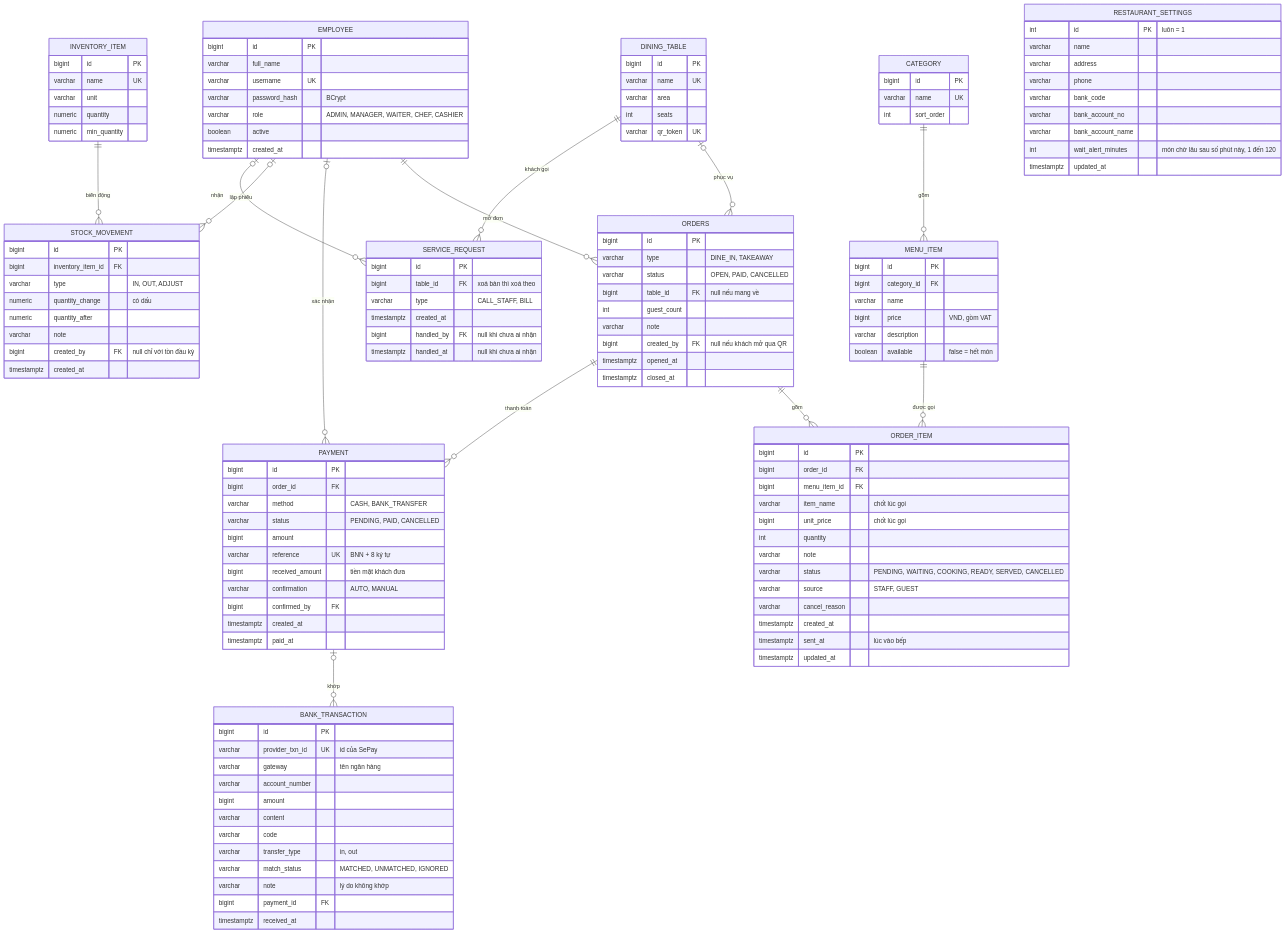
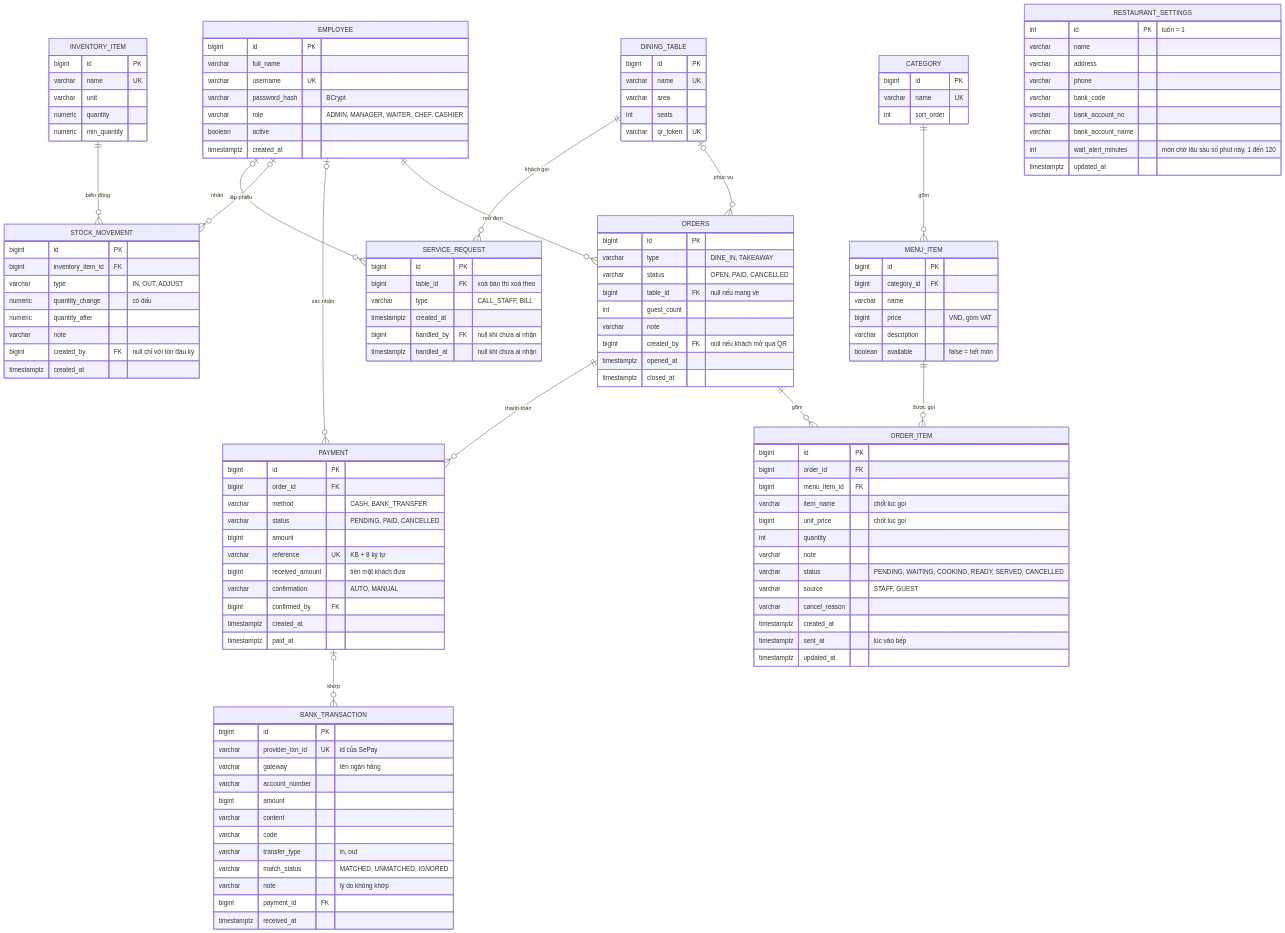
The first of 2 diagrams in docs-core/07-erd.md (Anpham120/restaurant-management-system), drawn with Mermaid before and after one commit. The commit also changed other lines of this file and 24 other files, not shown here.

```diff
--- a/docs-core/07-erd.md
+++ b/docs-core/07-erd.md
@@ -89,7 +89,7 @@
         varchar method "CASH, BANK_TRANSFER"
         varchar status "PENDING, PAID, CANCELLED"
         bigint amount
-        varchar reference UK "BNN + 8 ký tự"
+        varchar reference UK "KB + 8 ký tự"
         bigint received_amount "tiền mặt khách đưa"
         varchar confirmation "AUTO, MANUAL"
         bigint confirmed_by FK
```
